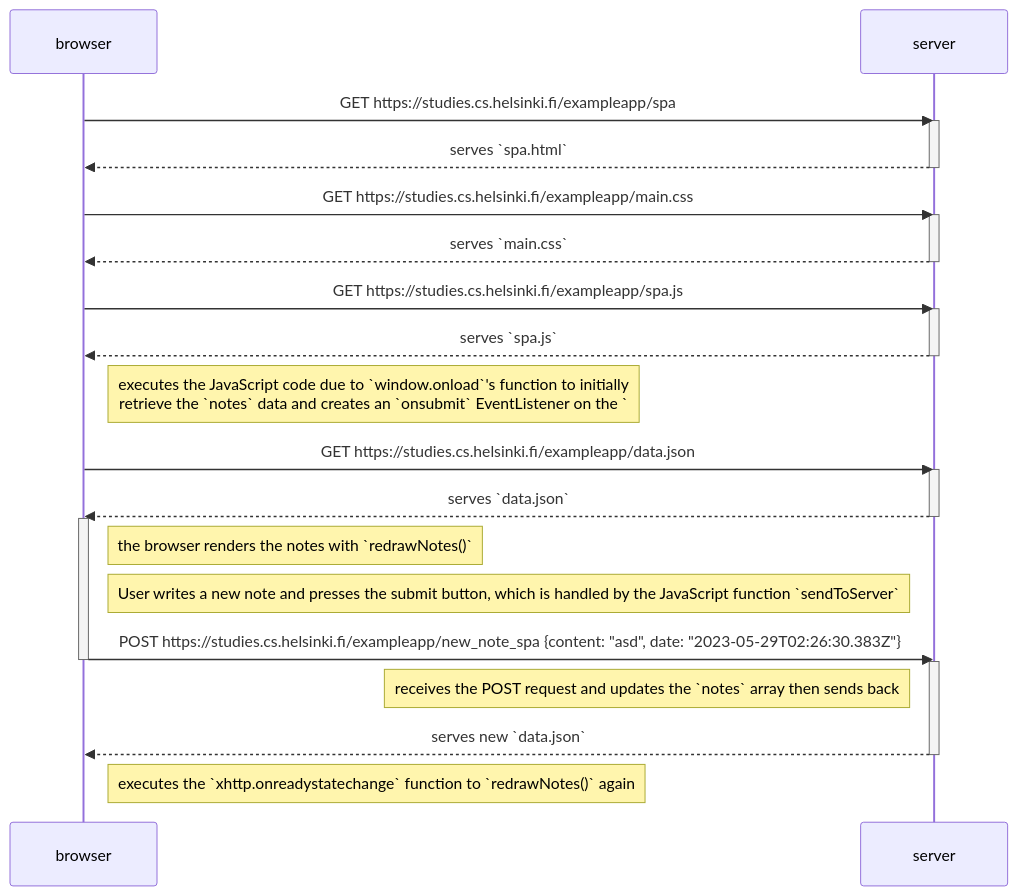
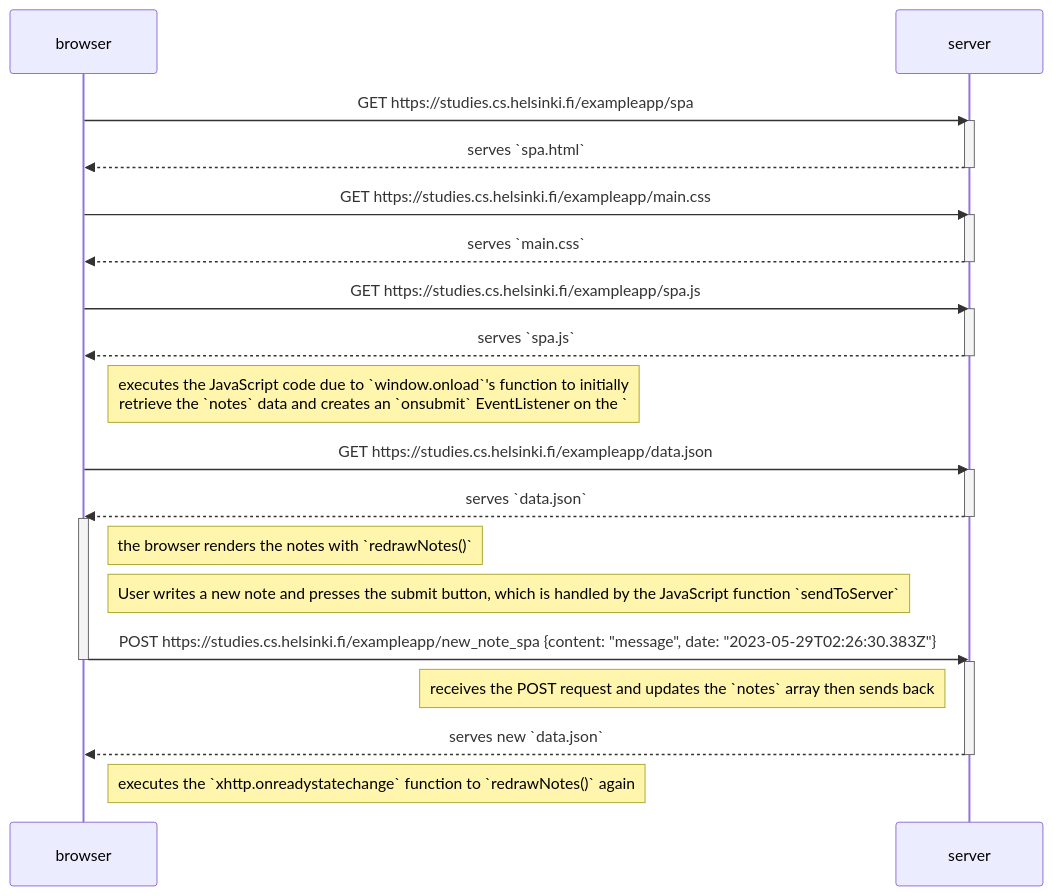
The diagram in part0/06.md (Luzefiru/full-stack-open-answers), drawn with Mermaid before and after one commit.

Commit message:
nit: change message

````diff
--- a/part0/06.md
+++ b/part0/06.md
@@ -1,44 +1,44 @@
 ```mermaid
 sequenceDiagram
     participant browser
     participant server
 
     browser->>server: GET https://studies.cs.helsinki.fi/exampleapp/spa
 
     activate server
     server-->>browser: serves `spa.html`
     deactivate server
 
     browser->>server: GET https://studies.cs.helsinki.fi/exampleapp/main.css
 
     activate server
     server-->>browser: serves `main.css`
     deactivate server
 
     browser->>server: GET https://studies.cs.helsinki.fi/exampleapp/spa.js
 
     activate server
     server-->>browser: serves `spa.js`
     deactivate server
 
     Note right of browser: executes the JavaScript code due to `window.onload`'s function to initially<br/> retrieve the `notes` data and creates an `onsubmit` EventListener on the `#notes_form` element.
     browser->>server: GET https://studies.cs.helsinki.fi/exampleapp/data.json
 
     activate server
     server-->>browser: serves `data.json`
     deactivate server
 
     activate browser
     Note right of browser: the browser renders the notes with `redrawNotes()`
 
     Note right of browser: User writes a new note and presses the submit button, which is handled by the JavaScript function `sendToServer`
-    browser->>server: POST https://studies.cs.helsinki.fi/exampleapp/new_note_spa {content: "asd", date: "2023-05-29T02:26:30.383Z"}
+    browser->>server: POST https://studies.cs.helsinki.fi/exampleapp/new_note_spa {content: "message", date: "2023-05-29T02:26:30.383Z"}
     deactivate browser
 
     activate server
     Note left of server: receives the POST request and updates the `notes` array then sends back
     server-->>browser: serves new `data.json`
     deactivate server
 
     Note right of browser: executes the `xhttp.onreadystatechange` function to `redrawNotes()` again
 ```
````
